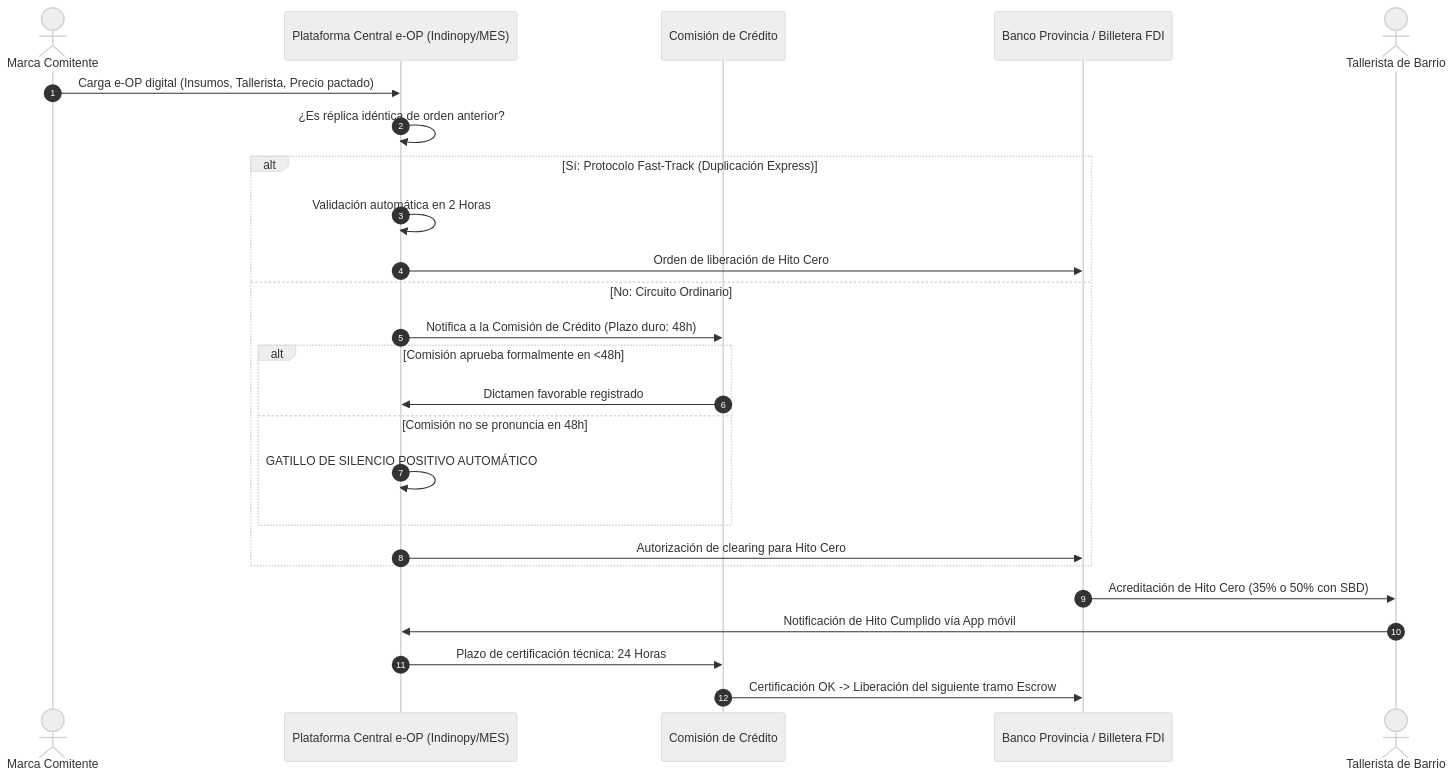
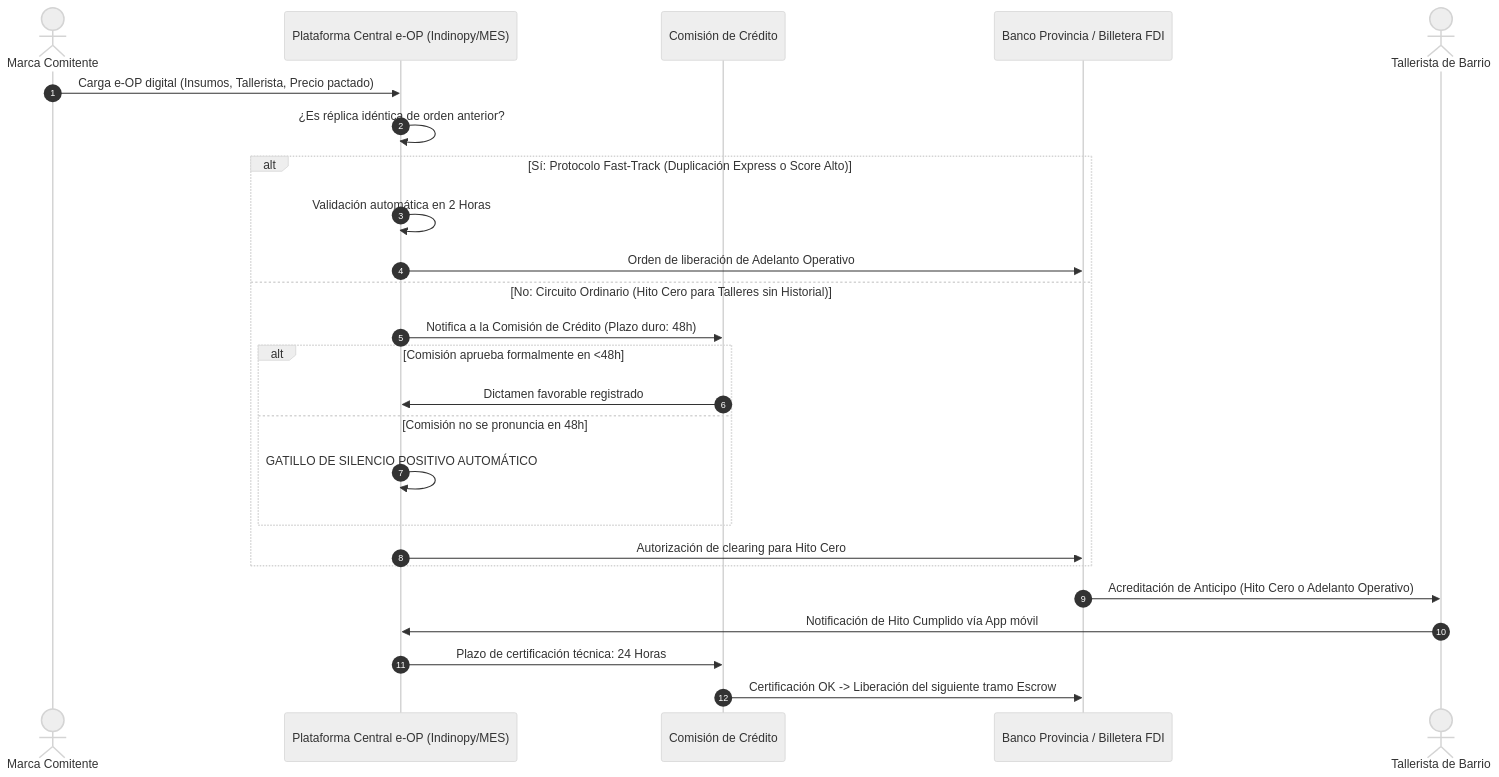
The fourth of 6 diagrams in docs/arquitectura_mes_gobernanza.md (sarthouse/indinopy), drawn with Mermaid (neutral theme) before and after one commit. The commit also changed 7 other files, not shown here.

Commit message:
fix: cambios en la visualizacion, aclaracion de hito cero, renderizacion de pdf exportable

````diff
--- a/docs/arquitectura_mes_gobernanza.md
+++ b/docs/arquitectura_mes_gobernanza.md
@@ -159,28 +159,28 @@
 ```mermaid
 sequenceDiagram
     autonumber
     actor Marca as Marca Comitente
     participant SIS as Plataforma Central e-OP (Indinopy/MES)
     participant COM as Comisión de Crédito
     participant BAN as Banco Provincia / Billetera FDI
     actor Taller as Tallerista de Barrio
 
     Marca->>SIS: Carga e-OP digital (Insumos, Tallerista, Precio pactado)
     SIS->>SIS: ¿Es réplica idéntica de orden anterior?
-    alt Sí: Protocolo Fast-Track (Duplicación Express)
+    alt Sí: Protocolo Fast-Track (Duplicación Express o Score Alto)
         SIS->>SIS: Validación automática en 2 Horas
-        SIS->>BAN: Orden de liberación de Hito Cero
-    else No: Circuito Ordinario
+        SIS->>BAN: Orden de liberación de Adelanto Operativo
+    else No: Circuito Ordinario (Hito Cero para Talleres sin Historial)
         SIS->>COM: Notifica a la Comisión de Crédito (Plazo duro: 48h)
         alt Comisión aprueba formalmente en <48h
             COM->>SIS: Dictamen favorable registrado
         else Comisión no se pronuncia en 48h
             SIS->>SIS: GATILLO DE SILENCIO POSITIVO AUTOMÁTICO
         end
         SIS->>BAN: Autorización de clearing para Hito Cero
     end
-    BAN->>Taller: Acreditación de Hito Cero (35% o 50% con SBD)
+    BAN->>Taller: Acreditación de Anticipo (Hito Cero o Adelanto Operativo)
     Taller->>SIS: Notificación de Hito Cumplido vía App móvil
     SIS->>COM: Plazo de certificación técnica: 24 Horas
     COM->>BAN: Certificación OK -> Liberación del siguiente tramo Escrow
 ```
````
